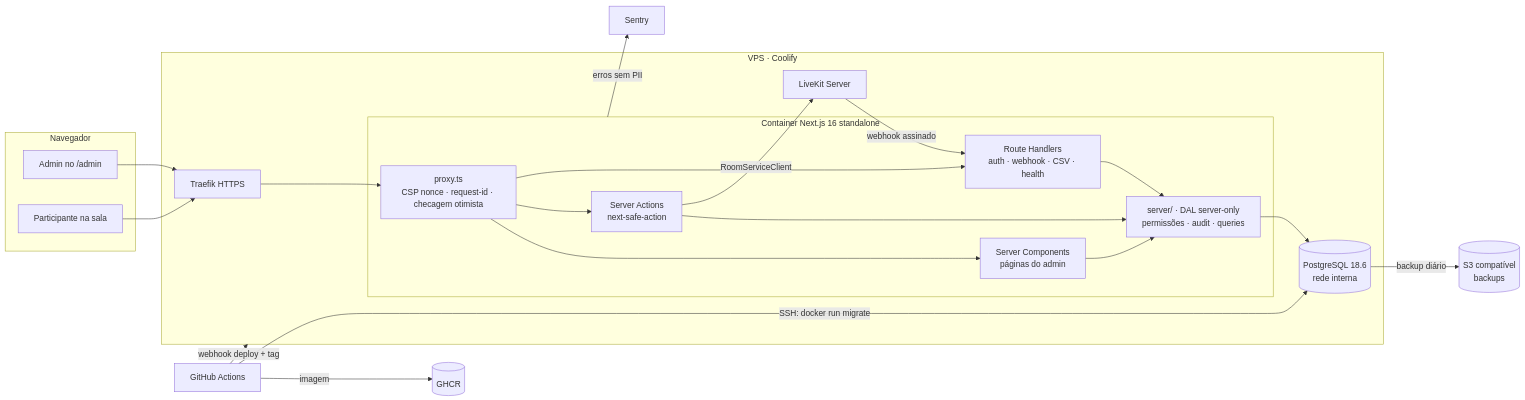
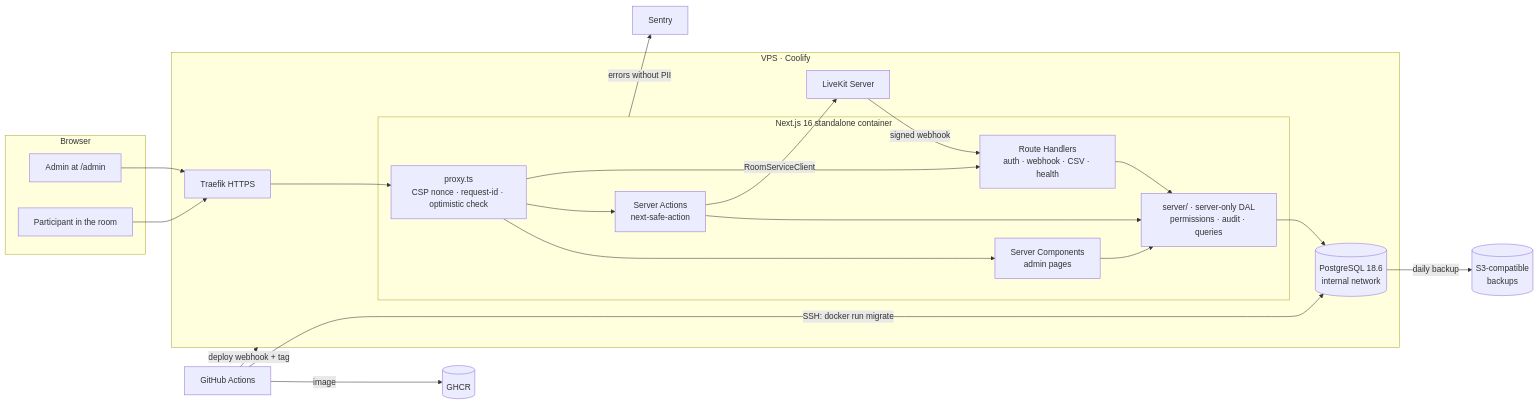
Before and after one commit to HanielCota/NelcotaScreenShare: the first of 3 diagrams in docs/archive/admin-plan.md, drawn with Mermaid. The commit also changed other lines of this file and 18 other files, not shown here.

````diff
--- a/docs/archive/admin-plan.md
+++ b/docs/archive/admin-plan.md
@@ -181,30 +181,30 @@
 ```mermaid
 flowchart LR
-  subgraph Navegador
-    A[Admin no /admin]
-    P[Participante na sala]
+  subgraph Browser
+    A[Admin at /admin]
+    P[Participant in the room]
   end
   subgraph VPS_Coolify[VPS · Coolify]
     T[Traefik HTTPS]
-    subgraph App[Container Next.js 16 standalone]
-      PX[proxy.ts\nCSP nonce · request-id · checagem otimista]
-      RSC[Server Components\npáginas do admin]
+    subgraph App[Next.js 16 standalone container]
+      PX[proxy.ts\nCSP nonce · request-id · optimistic check]
+      RSC[Server Components\nadmin pages]
       SA[Server Actions\nnext-safe-action]
       RH[Route Handlers\nauth · webhook · CSV · health]
-      DAL[server/ · DAL server-only\npermissões · audit · queries]
+      DAL[server/ · server-only DAL\npermissions · audit · queries]
     end
-    PG[(PostgreSQL 18.6\nrede interna)]
+    PG[(PostgreSQL 18.6\ninternal network)]
     LK[LiveKit Server]
   end
-  S3[(S3 compatível\nbackups)]
-  GH[GitHub Actions] -->|imagem| GHCR[(GHCR)]
+  S3[(S3-compatible\nbackups)]
+  GH[GitHub Actions] -->|image| GHCR[(GHCR)]
   GH -->|SSH: docker run migrate| PG
-  GH -->|webhook deploy + tag| VPS_Coolify
+  GH -->|deploy webhook + tag| VPS_Coolify
   A --> T --> PX --> RSC & SA & RH
   P --> T
   RSC & SA & RH --> DAL --> PG
   SA -->|RoomServiceClient| LK
-  LK -->|webhook assinado| RH
-  PG -->|backup diário| S3
-  App -->|erros sem PII| SEN[Sentry]
+  LK -->|signed webhook| RH
+  PG -->|daily backup| S3
+  App -->|errors without PII| SEN[Sentry]
 ```
````
